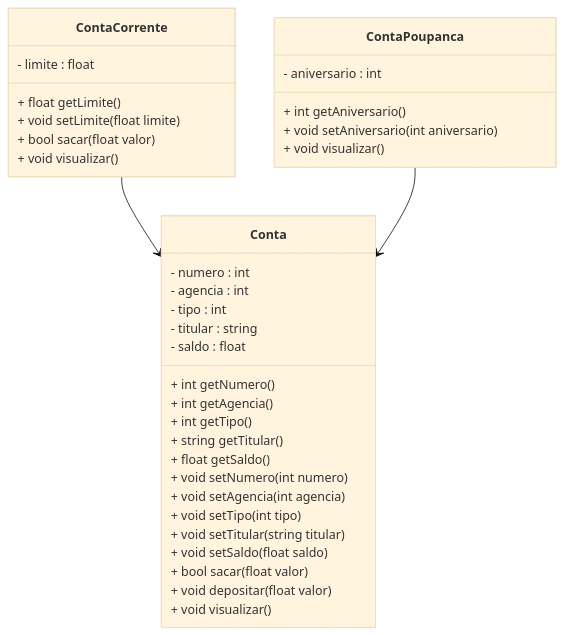
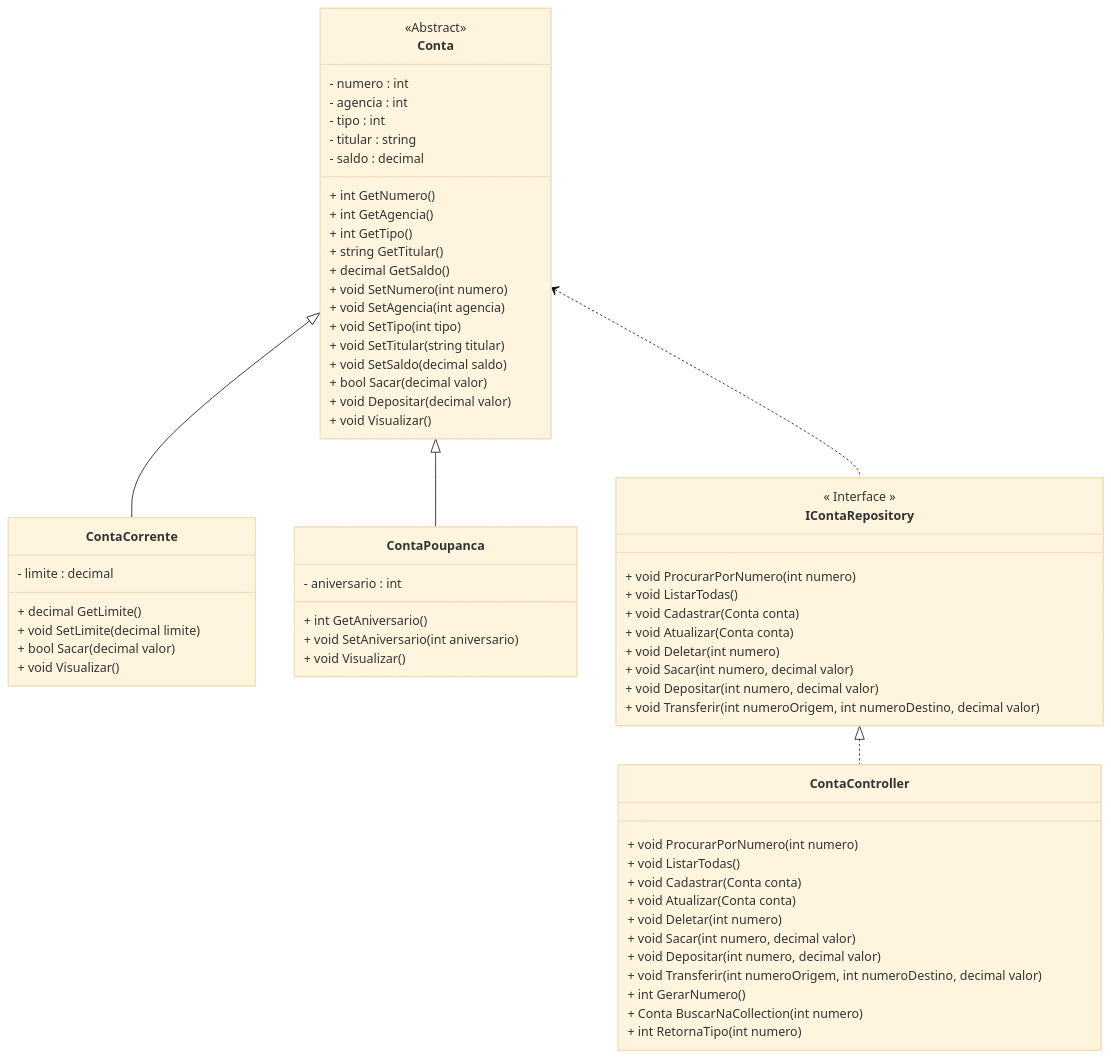
The diagram in README.md (conteudoGeneration/csharp_conta_bancaria), drawn with Mermaid (base theme) before and after one commit.

````diff
--- a/README.md
+++ b/README.md
@@ -13,38 +13,65 @@
 ```mermaid
 classDiagram
 class Conta {
+<<Abstract>>
   - numero : int
   - agencia : int
   - tipo : int
   - titular : string
-  - saldo : float
-  + int getNumero()
-  + int getAgencia()
-  + int getTipo()
-  + string getTitular()
-  + float getSaldo()
-  + void setNumero(int numero)
-  + void setAgencia(int agencia)
-  + void setTipo(int tipo)
-  + void setTitular(string titular)
-  + void setSaldo(float saldo)
-  + bool sacar(float valor)
-  + void depositar(float valor)
-  + void visualizar()
+  - saldo : decimal
+  + int GetNumero()
+  + int GetAgencia()
+  + int GetTipo()
+  + string GetTitular()
+  + decimal GetSaldo()
+  + void SetNumero(int numero)
+  + void SetAgencia(int agencia)
+  + void SetTipo(int tipo)
+  + void SetTitular(string titular)
+  + void SetSaldo(decimal saldo)
+  + bool Sacar(decimal valor)
+  + void Depositar(decimal valor)
+  + void Visualizar()
 }
 class ContaCorrente {
-  - limite : float
-  + float getLimite()
-  + void setLimite(float limite)
-  + bool sacar(float valor)
-  + void visualizar()
+  - limite : decimal
+  + decimal GetLimite()
+  + void SetLimite(decimal limite)
+  + bool Sacar(decimal valor)
+  + void Visualizar()
 }
 class ContaPoupanca {
   - aniversario : int
-  + int getAniversario()
-  + void setAniversario(int aniversario)
-  + void visualizar()
+  + int GetAniversario()
+  + void SetAniversario(int aniversario)
+  + void Visualizar()
 }
-ContaCorrente --> Conta
-ContaPoupanca --> Conta
+class IContaRepository{
+<< Interface >>
++ void ProcurarPorNumero(int numero)
++ void ListarTodas()
++ void Cadastrar(Conta conta)
++ void Atualizar(Conta conta)
++ void Deletar(int numero)
++ void Sacar(int numero, decimal valor)
++ void Depositar(int numero, decimal valor)
++ void Transferir(int numeroOrigem, int numeroDestino, decimal valor)
+}
+class ContaController{
++ void ProcurarPorNumero(int numero)
++ void ListarTodas()
++ void Cadastrar(Conta conta)
++ void Atualizar(Conta conta)
++ void Deletar(int numero)
++ void Sacar(int numero, decimal valor)
++ void Depositar(int numero, decimal valor)
++ void Transferir(int numeroOrigem, int numeroDestino, decimal valor)
++ int GerarNumero()
++ Conta BuscarNaCollection(int numero)
++ int RetornaTipo(int numero)
+}
+Conta <|-- ContaCorrente
+Conta <|-- ContaPoupanca
+Conta <.. IContaRepository
+IContaRepository <|.. ContaController
 ```
````
